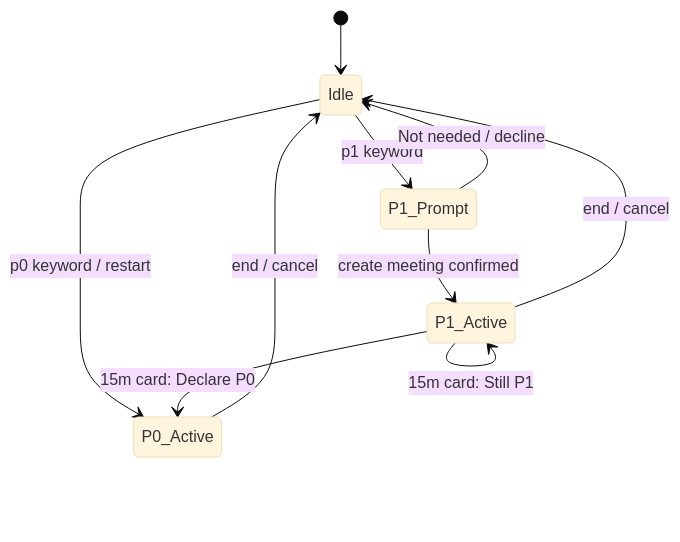
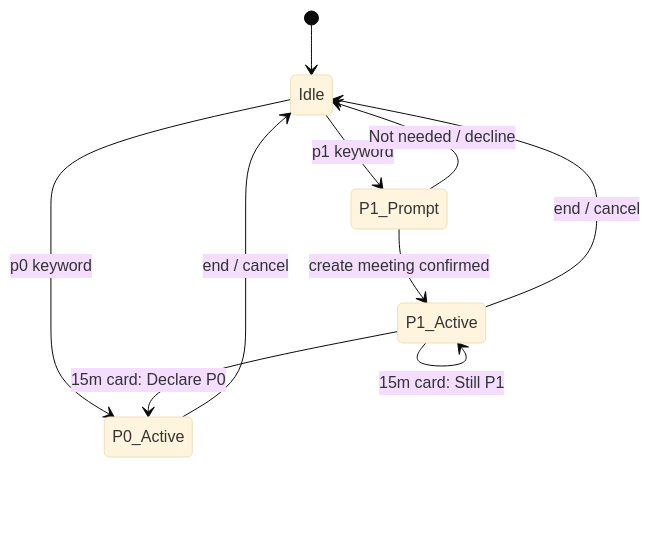
One commit to Renzel025/lark-ops-ai changed the fourth of 5 diagrams in docs/ARCHITECTURE_AND_FLOW.md. Above: the diagram before and after it, drawn with Mermaid (base theme). The commit also changed other lines of this file and 6 other files, not shown here.

````diff
--- a/docs/ARCHITECTURE_AND_FLOW.md
+++ b/docs/ARCHITECTURE_AND_FLOW.md
@@ -126,12 +126,12 @@
 ```mermaid
 stateDiagram-v2
   [*] --> Idle
-  Idle --> P0_Active: p0 keyword / restart
+  Idle --> P0_Active: p0 keyword
   Idle --> P1_Prompt: p1 keyword
   P1_Prompt --> P1_Active: create meeting confirmed
   P1_Prompt --> Idle: Not needed / decline
   P1_Active --> P0_Active: 15m card: Declare P0
   P1_Active --> P1_Active: 15m card: Still P1
   P0_Active --> Idle: end / cancel
   P1_Active --> Idle: end / cancel
 ```
````
